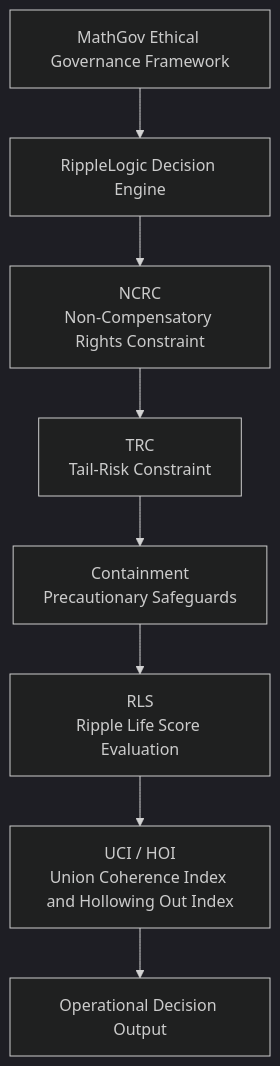
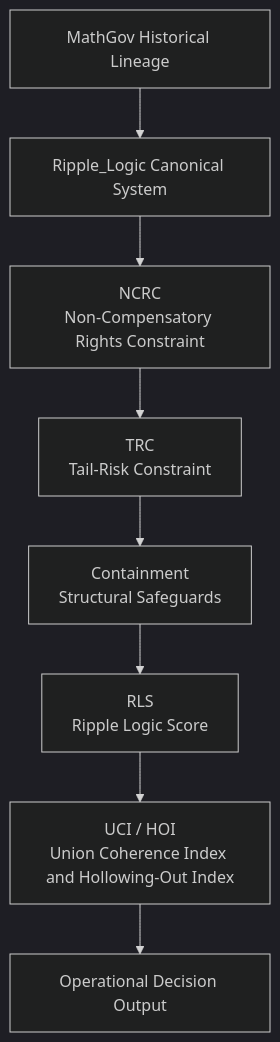
The diagram in README.md (MathGov/ripple-logic), drawn with Mermaid (dark theme) before and after one commit. The commit also changed other lines of this file, not shown here.

First line of the commit message:
Align README to Ripple_Logic v8.6 canon

````diff
--- a/README.md
+++ b/README.md
@@ -19,27 +35,21 @@
 ```mermaid
 flowchart TD
 
-A[MathGov Ethical Governance Framework]
-
-B[RippleLogic Decision Engine]
+A[MathGov Historical Lineage]
+B[Ripple_Logic Canonical System]
 
 C[NCRC<br>Non-Compensatory Rights Constraint]
-
 D[TRC<br>Tail-Risk Constraint]
-
-E[Containment<br>Precautionary Safeguards]
-
-F[RLS<br>Ripple Life Score Evaluation]
-
-G[UCI / HOI<br>Union Coherence Index and Hollowing Out Index]
-
+E[Containment<br>Structural Safeguards]
+F[RLS<br>Ripple Logic Score]
+G[UCI / HOI<br>Union Coherence Index and Hollowing-Out Index]
 H[Operational Decision Output]
 
 A --> B
 B --> C
 C --> D
 D --> E
 E --> F
 F --> G
 G --> H
 ```
````
